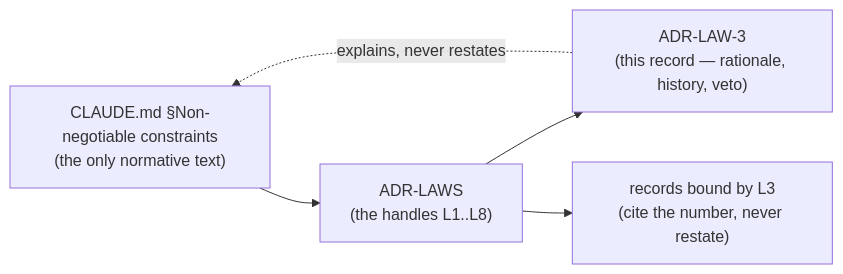
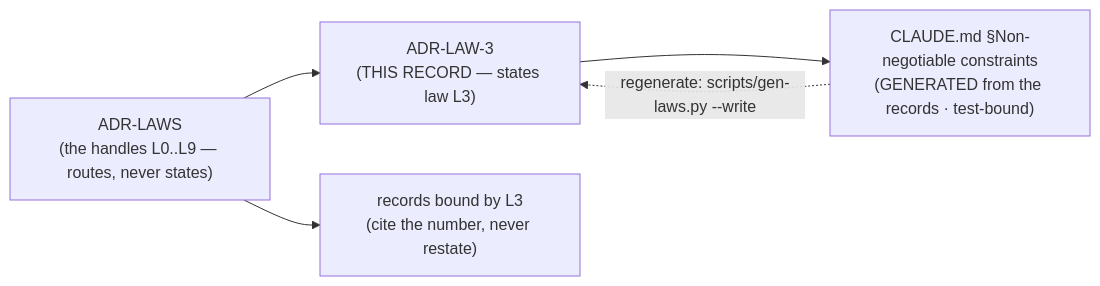
One commit to arpitarya/fux changed the diagram in docs/adr/0005_LAW-3-deterministic.md. Above: the diagram before and after it, drawn with Mermaid. The commit also changed other lines of this file and 190 other files, not shown here.

````diff
--- a/docs/adr/0005_LAW-3-deterministic.md
+++ b/docs/adr/0005_LAW-3-deterministic.md
@@ -48,10 +50,11 @@
 ```mermaid
 flowchart LR
-    C["CLAUDE.md §Non-negotiable constraints<br/>(the only normative text)"]
-    N["ADR-LAWS<br/>(the handles L1..L8)"]
-    R["ADR-LAW-3<br/>(this record — rationale, history, veto)"]
+    R["ADR-LAW-3<br/>(THIS RECORD — states law L3)"]
+    N["ADR-LAWS<br/>(the handles L0..L9 — routes, never states)"]
+    C["CLAUDE.md §Non-negotiable constraints<br/>(GENERATED from the records · test-bound)"]
     B["records bound by L3<br/>(cite the number, never restate)"]
-    C --> N --> R
+    R --> C
+    N --> R
     N --> B
-    R -. "explains, never restates" .-> C
+    C -. "regenerate: scripts/gen-laws.py --write" .-> R
 ```
````
